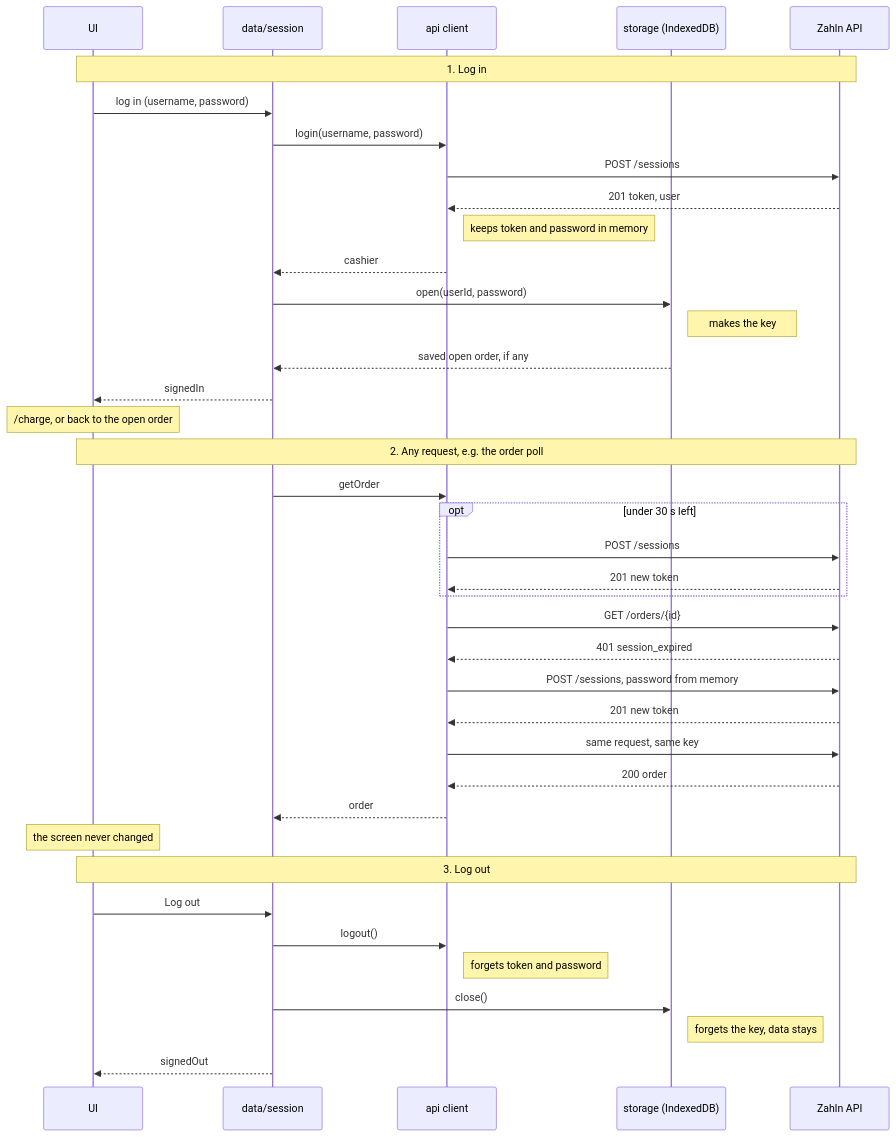
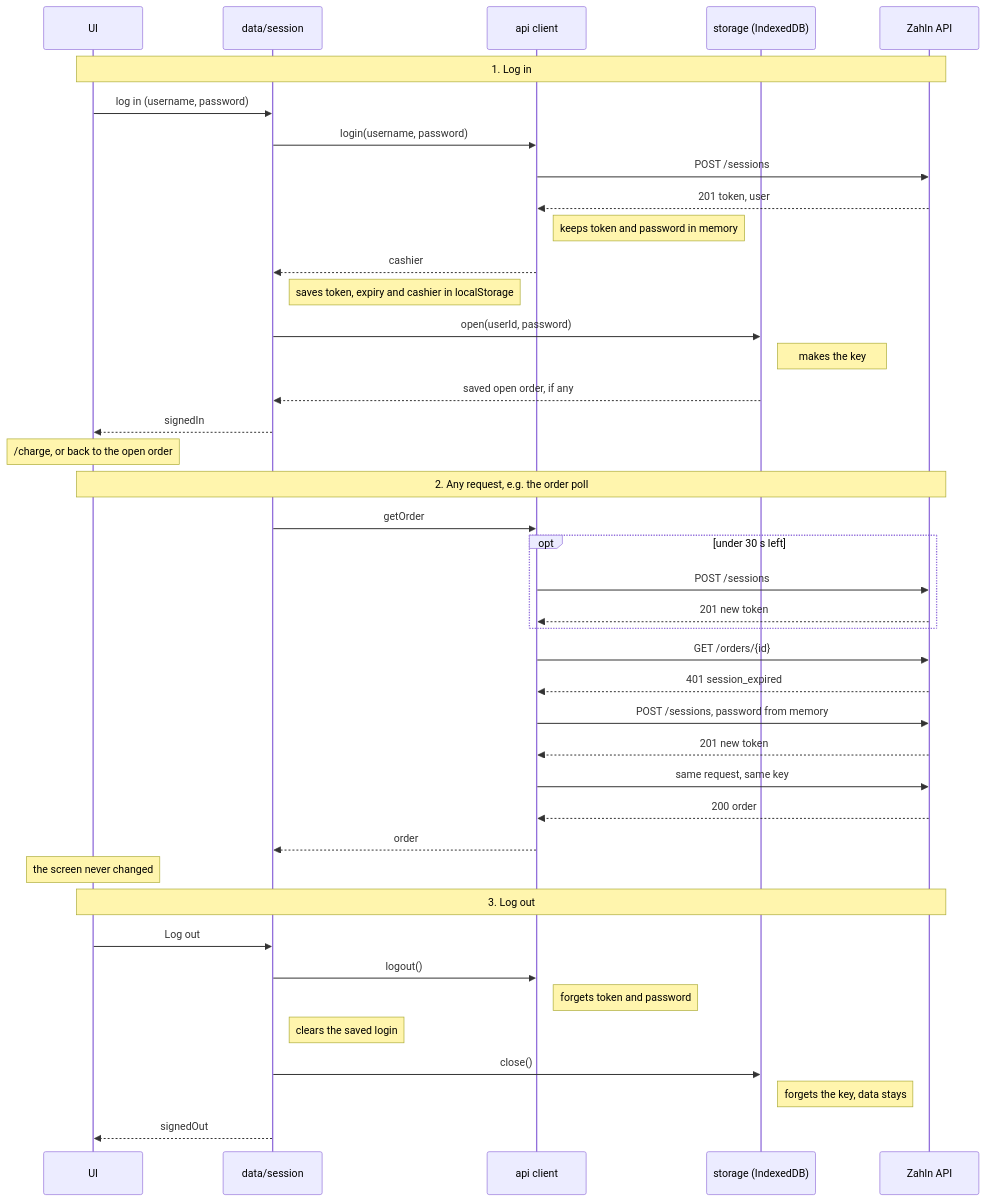
The third of 3 diagrams in docs/till-plan.md (Ashish15082001/zahln), drawn with Mermaid before and after one commit. The commit also changed other lines of this file, not shown here.

Commit message:
Document the till's saved login and the Android backup gap in the till plan

````diff
--- a/docs/till-plan.md
+++ b/docs/till-plan.md
@@ -153,44 +163,46 @@
 ```mermaid
 sequenceDiagram
   participant UI
   participant Data as data/session
   participant Api as api client
   participant Disk as storage (IndexedDB)
   participant Server as Zahln API
 
   Note over UI,Server: 1. Log in
   UI->>Data: log in (username, password)
   Data->>Api: login(username, password)
   Api->>Server: POST /sessions
   Server-->>Api: 201 token, user
   Note right of Api: keeps token and password in memory
   Api-->>Data: cashier
+  Note right of Data: saves token, expiry and cashier in localStorage
   Data->>Disk: open(userId, password)
   Note right of Disk: makes the key
   Disk-->>Data: saved open order, if any
   Data-->>UI: signedIn
   Note over UI: /charge, or back to the open order
 
   Note over UI,Server: 2. Any request, e.g. the order poll
   Data->>Api: getOrder
   opt under 30 s left
     Api->>Server: POST /sessions
     Server-->>Api: 201 new token
   end
   Api->>Server: GET /orders/{id}
   Server-->>Api: 401 session_expired
   Api->>Server: POST /sessions, password from memory
   Server-->>Api: 201 new token
   Api->>Server: same request, same key
   Server-->>Api: 200 order
   Api-->>Data: order
   Note over UI: the screen never changed
 
   Note over UI,Server: 3. Log out
   UI->>Data: Log out
   Data->>Api: logout()
   Note right of Api: forgets token and password
+  Note right of Data: clears the saved login
   Data->>Disk: close()
   Note right of Disk: forgets the key, data stays
   Data-->>UI: signedOut
 ```
````
